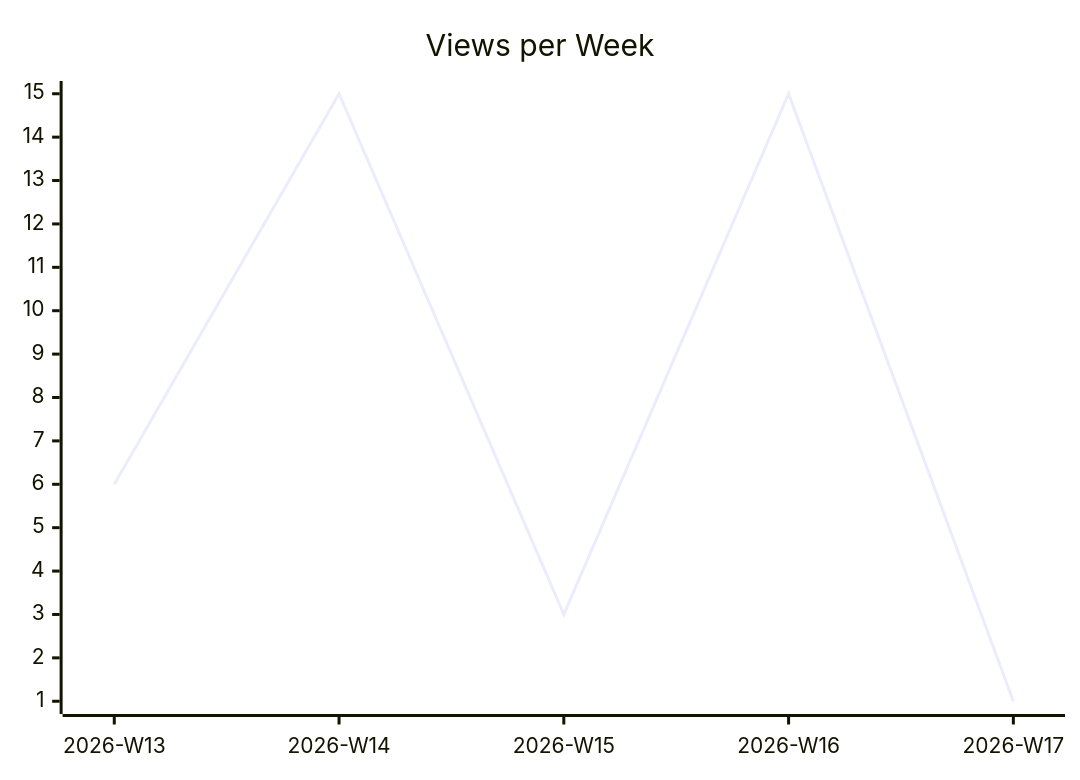
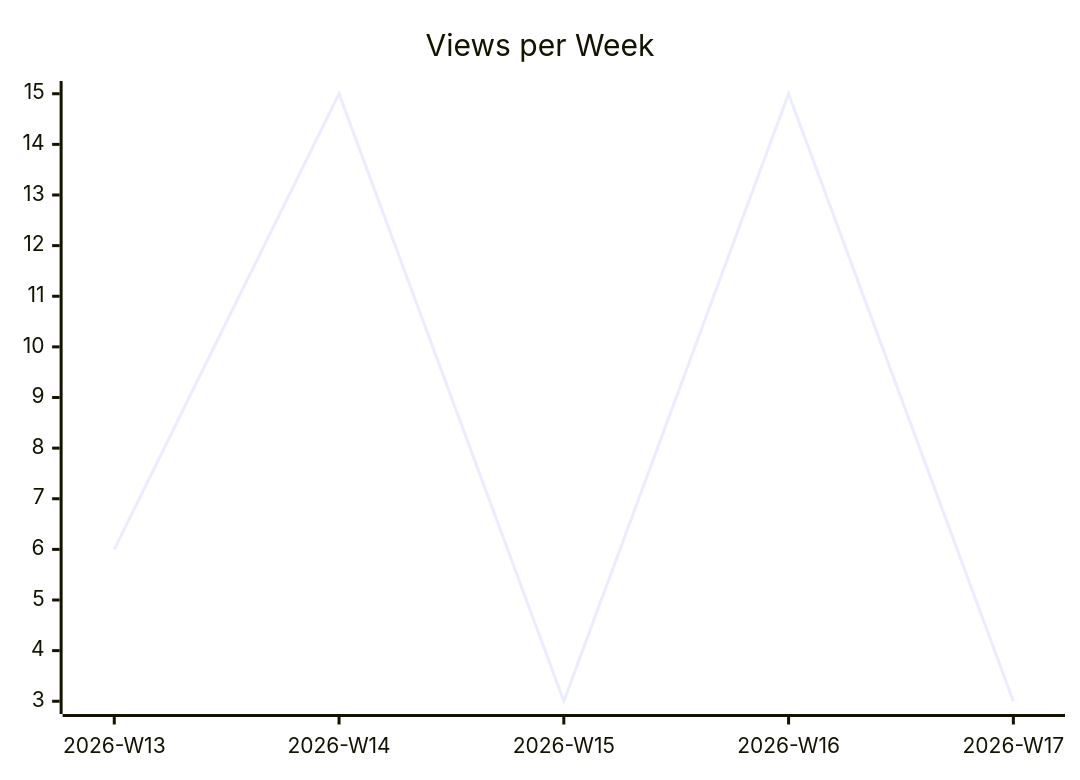
One commit to justdavis-family/github-analytics-data changed the second of 3 diagrams in karlmdavis/ksoap2-android/README.md. Above: the diagram before and after it, drawn with Mermaid. The commit also changed other lines of this file and 191 other files, not shown here.

````diff
--- a/karlmdavis/ksoap2-android/README.md
+++ b/karlmdavis/ksoap2-android/README.md
@@ -12,6 +12,6 @@
 ```mermaid
 xychart-beta
   title "Views per Week"
   x-axis ["2026-W13", "2026-W14", "2026-W15", "2026-W16", "2026-W17"]
-  line [6, 15, 3, 15, 1]
+  line [6, 15, 3, 15, 3]
 ```
````
